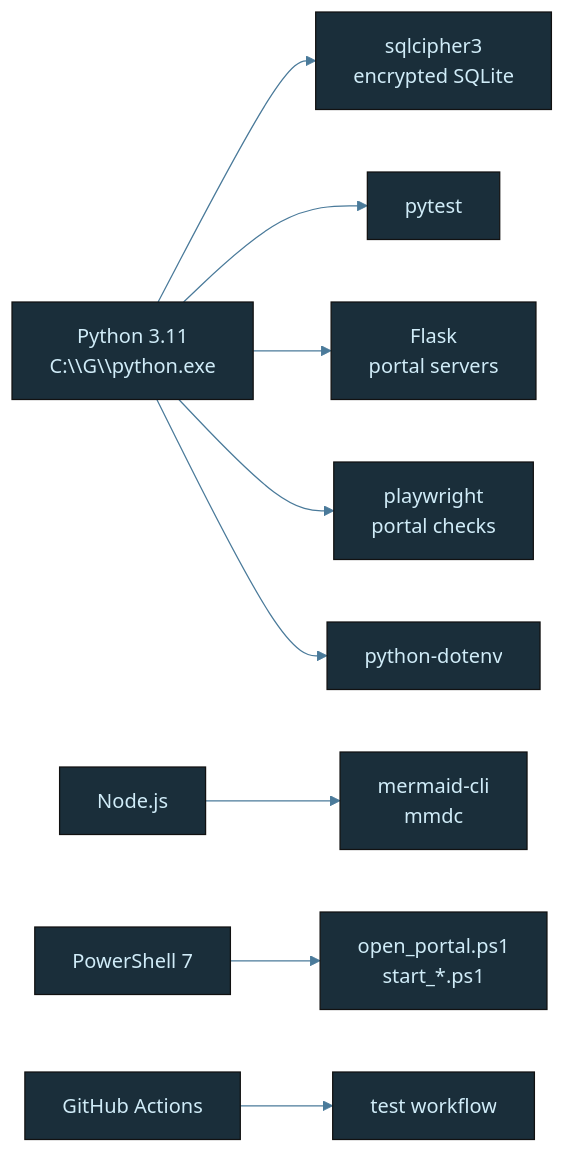
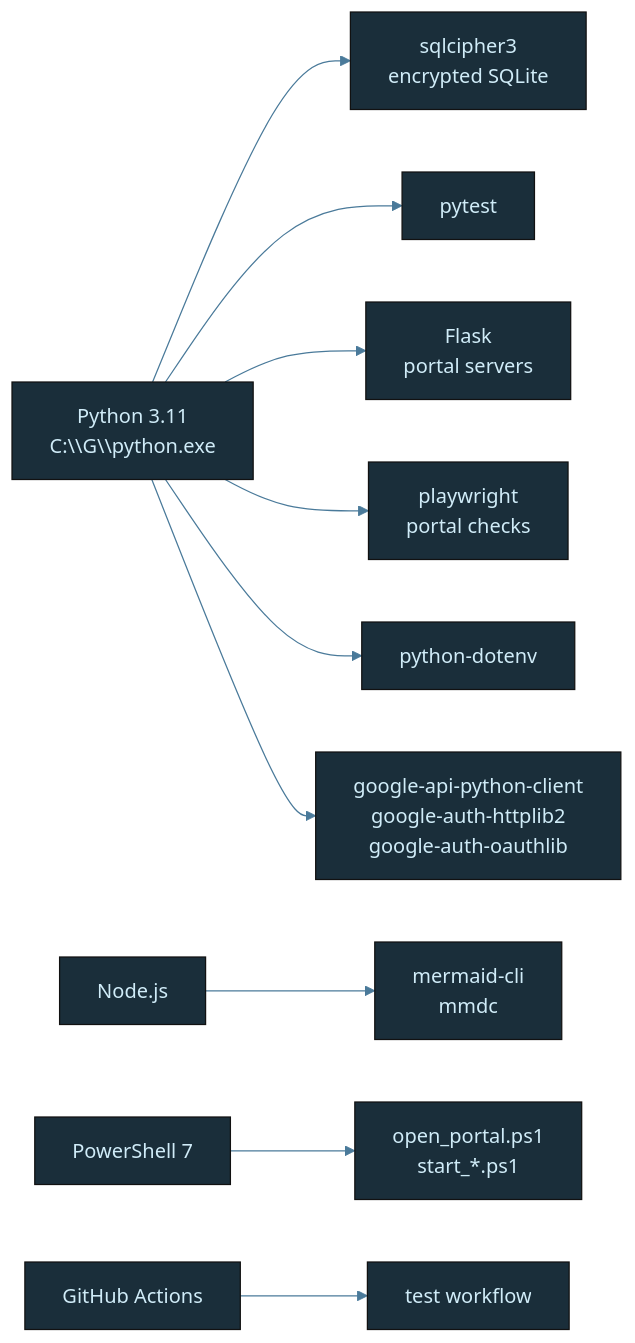
One commit to tylerdrakemusic/-Workspace changed the diagram in diagrams/workspace-tech-stack.mmd. Above: the diagram before and after it, drawn with Mermaid. The commit also changed 4 other files, not shown here.

Commit message:
docs(FR-20260530-gdrive-integration): update 5 stale architecture diagrams (gdrive integration)

```diff
--- a/diagrams/workspace-tech-stack.mmd
+++ b/diagrams/workspace-tech-stack.mmd
@@ -1,22 +1,23 @@
 %%{init: {'theme': 'base', 'themeVariables': {'primaryColor': '#1a2e3a', 'primaryTextColor': '#d0ecf8', 'edgeLabelBackground': '#0f1318', 'lineColor': '#4a7a9a'}}}%%
 graph LR
     Python[Python 3.11<br/>C:\\G\\python.exe] --> SQLCipher[sqlcipher3<br/>encrypted SQLite]
     Python --> Pytest[pytest]
     Python --> Flask[Flask<br/>portal servers]
     Python --> Playwright[playwright<br/>portal checks]
     Python --> Dotenv[python-dotenv]
+    Python --> GoogleAPI[google-api-python-client<br/>google-auth-httplib2<br/>google-auth-oauthlib]
     Node[Node.js] --> Mmdc[mermaid-cli<br/>mmdc]
     PowerShell[PowerShell 7] --> LaunchScripts[open_portal.ps1<br/>start_*.ps1]
     GitHub[GitHub Actions] --> CI_Tests[test workflow]
     class Python,Node,PowerShell lang
-    class SQLCipher,Pytest,Flask,Playwright,Dotenv,Mmdc,LaunchScripts,GitHub,CI_Tests tool
+    class SQLCipher,Pytest,Flask,Playwright,Dotenv,Mmdc,LaunchScripts,GitHub,CI_Tests,GoogleAPI tool
 
 classDef life     fill:#1a2e3a,stroke:#6ab4d4,color:#d0ecf8
 classDef music    fill:#3a1a24,stroke:#d47a8f,color:#f8d0dc
 classDef quantum  fill:#251a3a,stroke:#a07adf,color:#e8d0f8
 classDef manifest fill:#3a2e1a,stroke:#d4a96a,color:#f8ead0
 classDef ws       fill:#1a3a30,stroke:#6ad4b4,color:#d0f8ee
 classDef tyler    fill:#2a1a3a,stroke:#9e4aff,color:#fff
 classDef ext      fill:#3a2020,stroke:#ff7a7a,color:#ffd0d0
 classDef db       fill:#3a3010,stroke:#d4c050,color:#f8f0c0
 classDef state    fill:#1a1a1a,stroke:#888888,color:#cccccc
```
